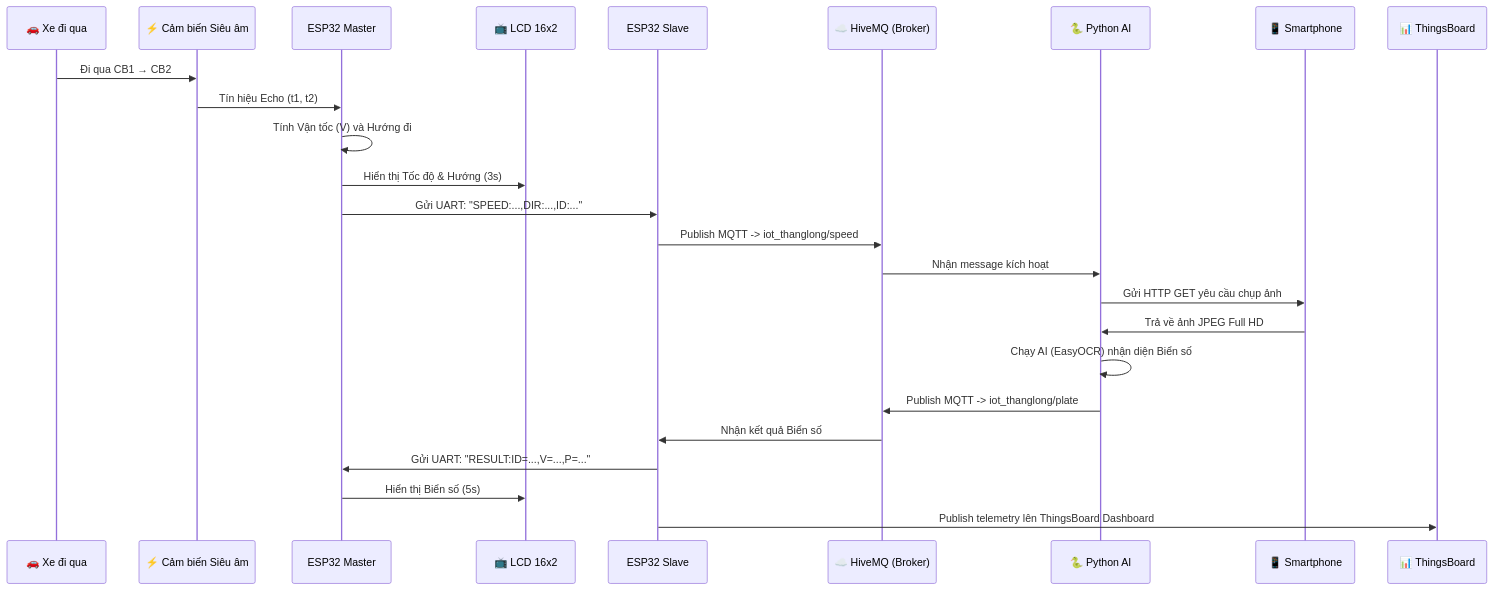
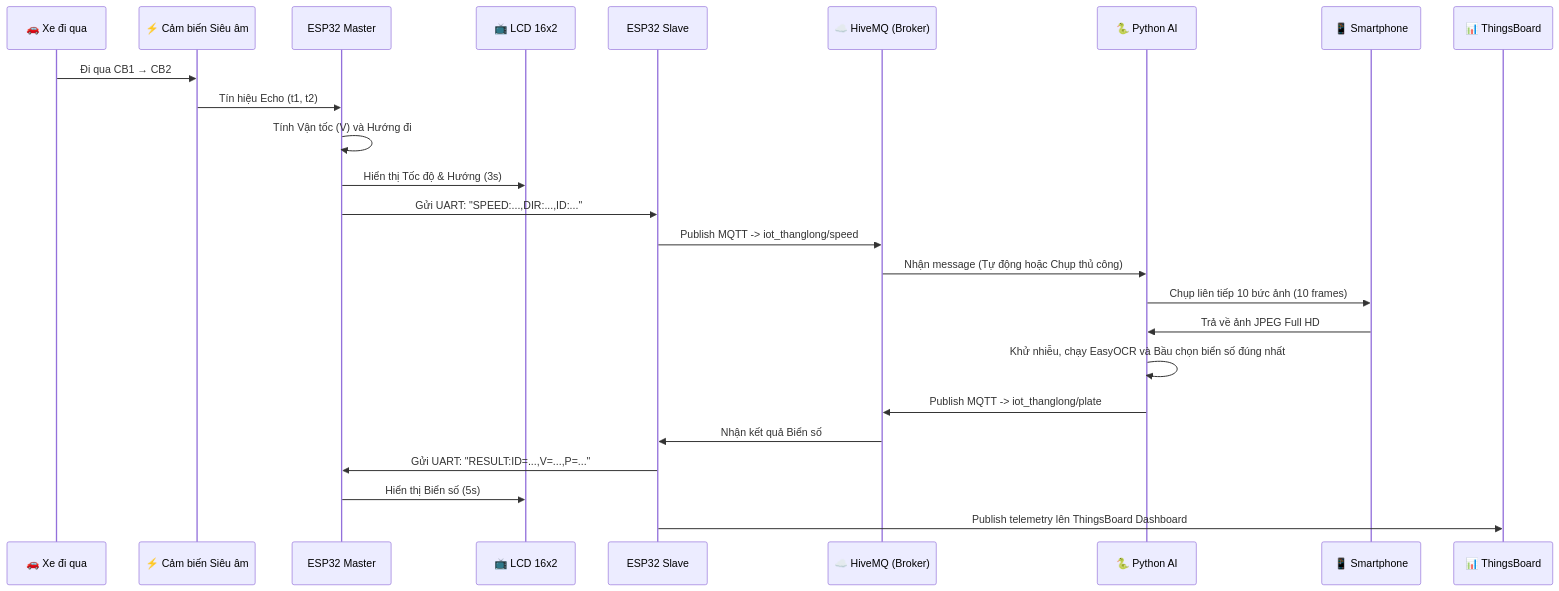
One commit to Nam19ti/IOT_ changed the second of 2 diagrams in README.md. Above: the diagram before and after it, drawn with Mermaid. The commit also changed other lines of this file and 8 other files, not shown here.

````diff
--- a/README.md
+++ b/README.md
@@ -86,28 +89,28 @@
 ```mermaid
 sequenceDiagram
     participant Xe as 🚗 Xe đi qua
     participant CB as ⚡ Cảm biến Siêu âm
     participant Master as ESP32 Master
     participant LCD as 📺 LCD 16x2
     participant Slave as ESP32 Slave
     participant HiveMQ as ☁️ HiveMQ (Broker)
     participant Python as 🐍 Python AI
     participant Phone as 📱 Smartphone
     participant TB as 📊 ThingsBoard
 
     Xe->>CB: Đi qua CB1 → CB2
     CB->>Master: Tín hiệu Echo (t1, t2)
     Master->>Master: Tính Vận tốc (V) và Hướng đi
     Master->>LCD: Hiển thị Tốc độ & Hướng (3s)
     Master->>Slave: Gửi UART: "SPEED:...,DIR:...,ID:..."
     Slave->>HiveMQ: Publish MQTT -> iot_thanglong/speed
-    HiveMQ->>Python: Nhận message kích hoạt
-    Python->>Phone: Gửi HTTP GET yêu cầu chụp ảnh
+    HiveMQ->>Python: Nhận message (Tự động hoặc Chụp thủ công)
+    Python->>Phone: Chụp liên tiếp 10 bức ảnh (10 frames)
     Phone->>Python: Trả về ảnh JPEG Full HD
-    Python->>Python: Chạy AI (EasyOCR) nhận diện Biển số
+    Python->>Python: Khử nhiễu, chạy EasyOCR và Bầu chọn biển số đúng nhất
     Python->>HiveMQ: Publish MQTT -> iot_thanglong/plate
     HiveMQ->>Slave: Nhận kết quả Biển số
     Slave->>Master: Gửi UART: "RESULT:ID=...,V=...,P=..."
     Master->>LCD: Hiển thị Biển số (5s)
     Slave->>TB: Publish telemetry lên ThingsBoard Dashboard
 ```
````
